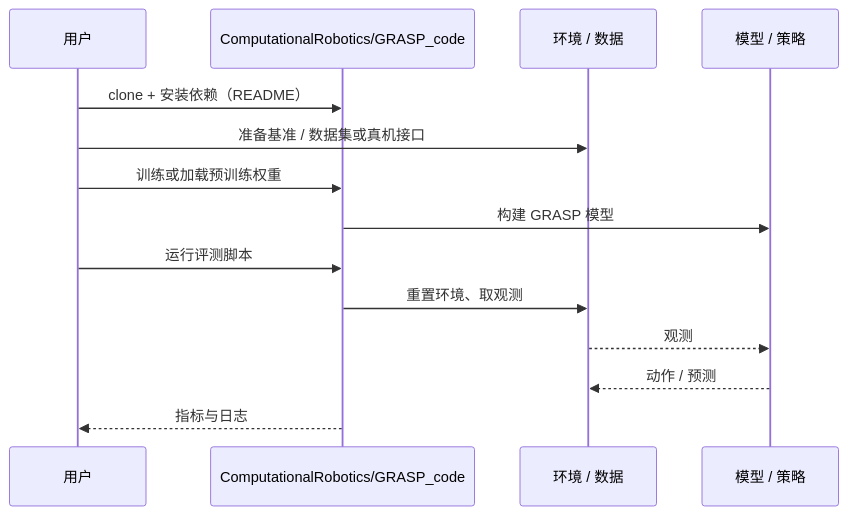
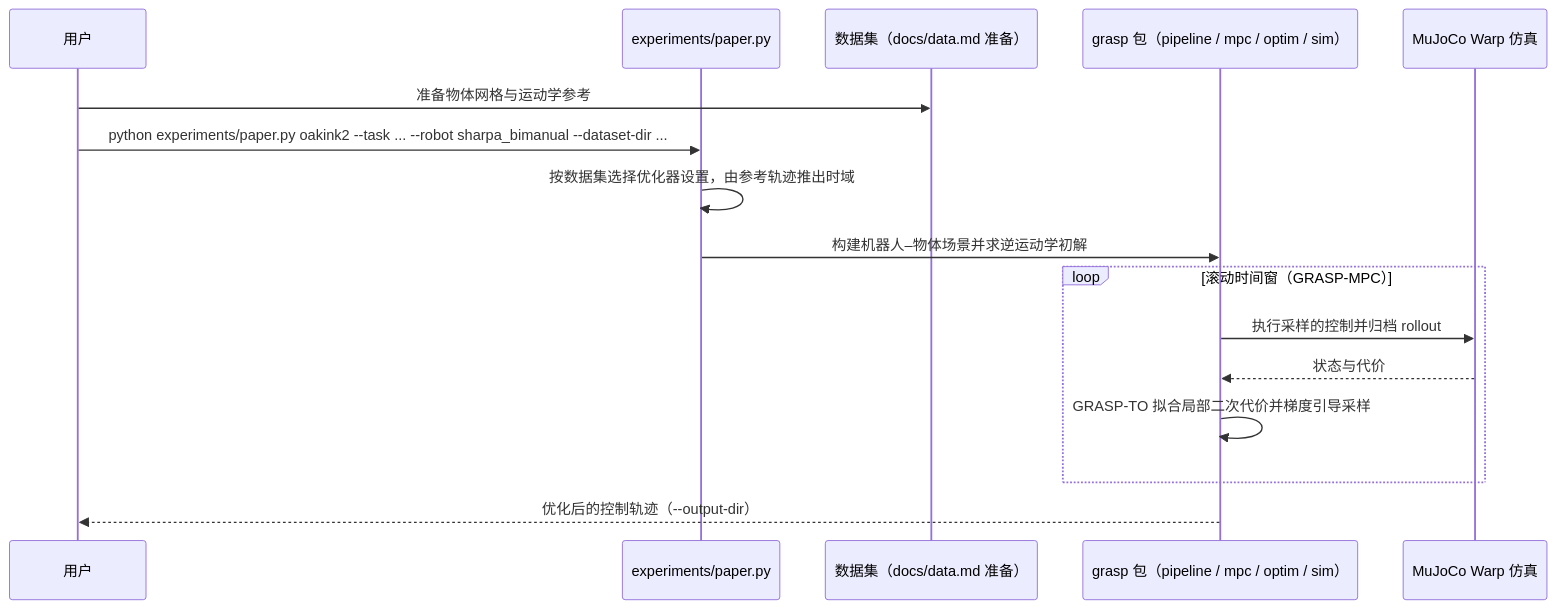
One commit to ImChong/Robotics_Notebooks changed the diagram in wiki/entities/paper-grasp.md. Above: the diagram before and after it, drawn with Mermaid. The commit also changed other lines of this file and 1 other file, not shown here.

Commit message:
ingest: 补实 GRASP / MESA 两篇深读节点（官方 README 核对、关键指标、README 级时序图）
Claude-Session: https://claude.ai/code/session_01D1S85CaHkiyvCZxYRMt8AT

````diff
--- a/wiki/entities/paper-grasp.md
+++ b/wiki/entities/paper-grasp.md
@@ -61,16 +61,18 @@
 ```mermaid
 sequenceDiagram
   participant U as 用户
-  participant R as ComputationalRobotics/GRASP_code
-  participant E as 环境 / 数据
-  participant M as 模型 / 策略
-  U->>R: clone + 安装依赖（README）
-  U->>E: 准备基准 / 数据集或真机接口
-  U->>R: 训练或加载预训练权重
-  R->>M: 构建 GRASP 模型
-  U->>R: 运行评测脚本
-  R->>E: 重置环境、取观测
-  E-->>M: 观测
-  M-->>E: 动作 / 预测
-  R-->>U: 指标与日志
+  participant P as experiments/paper.py
+  participant D as 数据集（docs/data.md 准备）
+  participant G as grasp 包（pipeline / mpc / optim / sim）
+  participant S as MuJoCo Warp 仿真
+  U->>D: 准备物体网格与运动学参考
+  U->>P: python experiments/paper.py oakink2 --task ... --robot sharpa_bimanual --dataset-dir ...
+  P->>P: 按数据集选择优化器设置，由参考轨迹推出时域
+  P->>G: 构建机器人–物体场景并求逆运动学初解
+  loop 滚动时间窗（GRASP-MPC）
+    G->>S: 执行采样的控制并归档 rollout
+    S-->>G: 状态与代价
+    G->>G: GRASP-TO 拟合局部二次代价并梯度引导采样
+  end
+  G-->>U: 优化后的控制轨迹（--output-dir）
 ```
````
